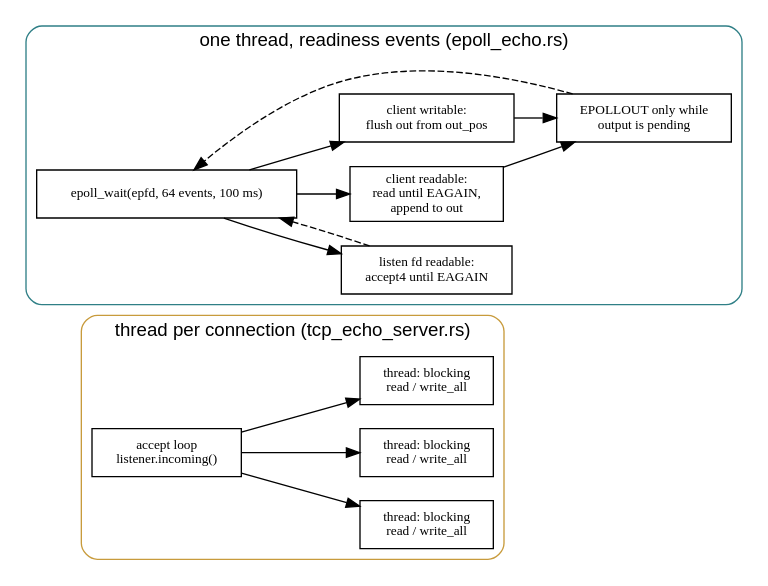
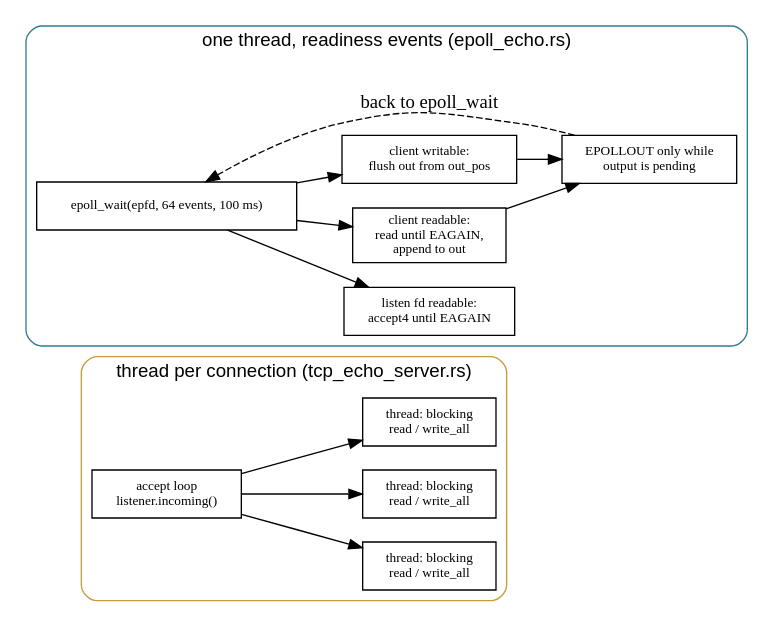
One commit to arpanpathak/cracking-the-systems-programming-interview changed the diagram in cracking-the-systems-programming-interview/diagrams/ch20-models.dot. Above: the diagram before and after it, drawn with Graphviz. The commit also changed 30 other files, not shown here.

```diff
--- a/cracking-the-systems-programming-interview/diagrams/ch20-models.dot
+++ b/cracking-the-systems-programming-interview/diagrams/ch20-models.dot
@@ -1,13 +1,13 @@
 digraph models {
   rankdir=LR; nodesep=0.25; ranksep=0.45;
   node [fontsize=10 shape=box];
   subgraph cluster_t { label="thread per connection (tcp_echo_server.rs)"; style="rounded"; color="#c89b3c"; fontname="Helvetica";
     l1 [label="accept loop\nlistener.incoming()" fillcolor="#fdf6e8"];
     t1 [label="thread: blocking\nread / write_all"]; t2 [label="thread: blocking\nread / write_all"]; t3 [label="thread: blocking\nread / write_all"];
     l1 -> t1; l1 -> t2; l1 -> t3; }
   subgraph cluster_e { label="one thread, readiness events (epoll_echo.rs)"; style="rounded"; color="#2f7f86"; fontname="Helvetica";
     ep [label="epoll_wait(epfd, 64 events, 100 ms)" fillcolor="#e3f1ea"];
     a [label="listen fd readable:\naccept4 until EAGAIN"]; r [label="client readable:\nread until EAGAIN,\nappend to out"]; w [label="client writable:\nflush out from out_pos"];
     u [label="EPOLLOUT only while\noutput is pending"];
-    ep -> a; ep -> r; ep -> w; r -> u; w -> u; u -> ep [style=dashed]; a -> ep [style=dashed]; }
+    ep -> a; ep -> r; ep -> w; r -> u; w -> u; u -> ep [style=dashed label=" back to epoll_wait"]; }
 }
```
